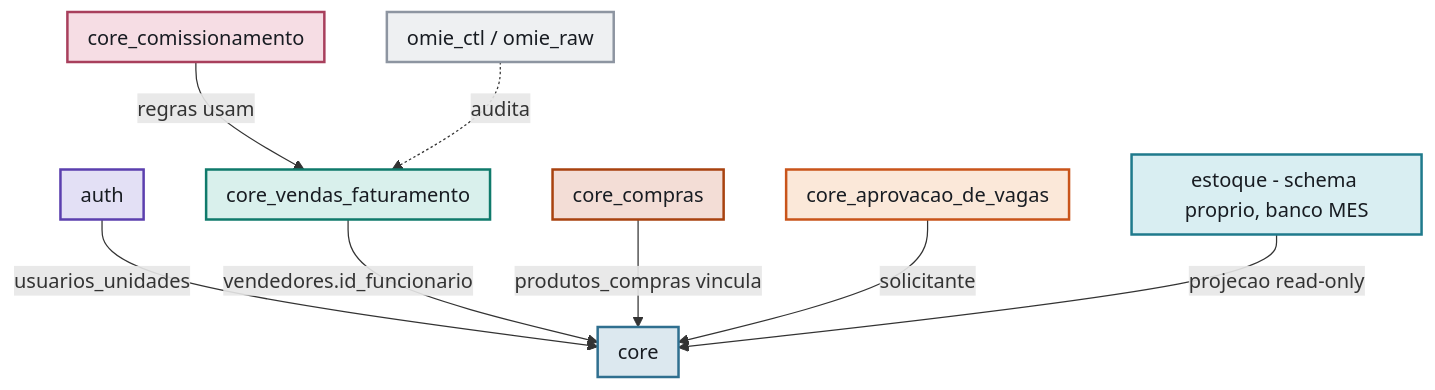
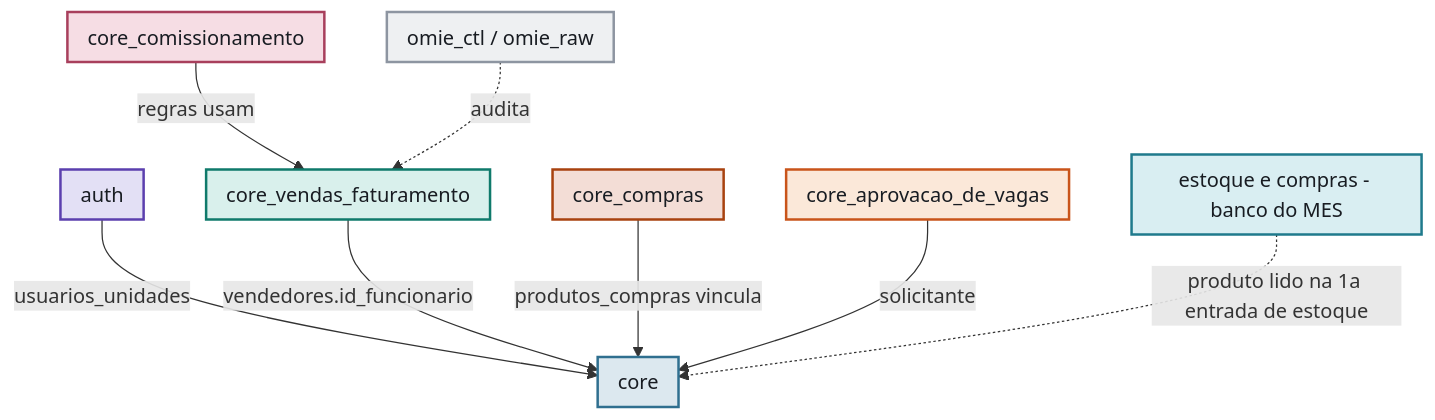
One commit to Acosvital/vault-avhub-mer changed diagram 17 of 28 in 04-Arquitetura-Transversal/Diagramas-UML.md. Above: the diagram before and after it, drawn with Mermaid. The commit also changed other lines of this file and 3 other files, not shown here.

Commit message:
docs(vault): atualiza UML, fluxograma de telas, encaixe estoque/revenda e anexo 0003 do contrato 33

````diff
--- a/04-Arquitetura-Transversal/Diagramas-UML.md
+++ b/04-Arquitetura-Transversal/Diagramas-UML.md
@@ -1002,36 +1013,36 @@
 ```mermaid
 flowchart TB
     subgraph P_CORE[core]
     end
     subgraph P_AUTH[auth]
     end
     subgraph P_VENDAS[core_vendas_faturamento]
     end
     subgraph P_COMPRAS[core_compras]
     end
     subgraph P_COMISSAO[core_comissionamento]
     end
     subgraph P_VAGAS[core_aprovacao_de_vagas]
     end
     subgraph P_OMIECTL[omie_ctl / omie_raw]
     end
-    subgraph P_ESTOQUE[estoque - schema proprio, banco MES]
+    subgraph P_ESTOQUE[estoque e compras - banco do MES]
     end
 
     P_AUTH -->|usuarios_unidades| P_CORE
     P_VENDAS -->|vendedores.id_funcionario| P_CORE
     P_COMPRAS -->|produtos_compras vincula| P_CORE
     P_COMISSAO -->|regras usam| P_VENDAS
     P_VAGAS -->|solicitante| P_CORE
     P_OMIECTL -.audita.-> P_VENDAS
-    P_ESTOQUE -->|projecao read-only| P_CORE
+    P_ESTOQUE -.->|produto lido na 1a entrada de estoque| P_CORE
 
     style P_CORE fill:#dce8ef,stroke:#2f6f8f,stroke-width:2px,color:#181c22
     style P_AUTH fill:#e3e0f5,stroke:#5b3fae,stroke-width:2px,color:#181c22
     style P_VENDAS fill:#d9f0ec,stroke:#0f7a6b,stroke-width:2px,color:#181c22
     style P_COMPRAS fill:#f3ddd6,stroke:#a8420f,stroke-width:2px,color:#181c22
     style P_COMISSAO fill:#f6dde4,stroke:#a83f5c,stroke-width:2px,color:#181c22
     style P_VAGAS fill:#fbe8d9,stroke:#c9541a,stroke-width:2px,color:#181c22
     style P_OMIECTL fill:#eef0f2,stroke:#8d95a1,stroke-width:2px,color:#181c22
     style P_ESTOQUE fill:#d9eef2,stroke:#1f7a8c,stroke-width:2px,color:#181c22
 ```
````
